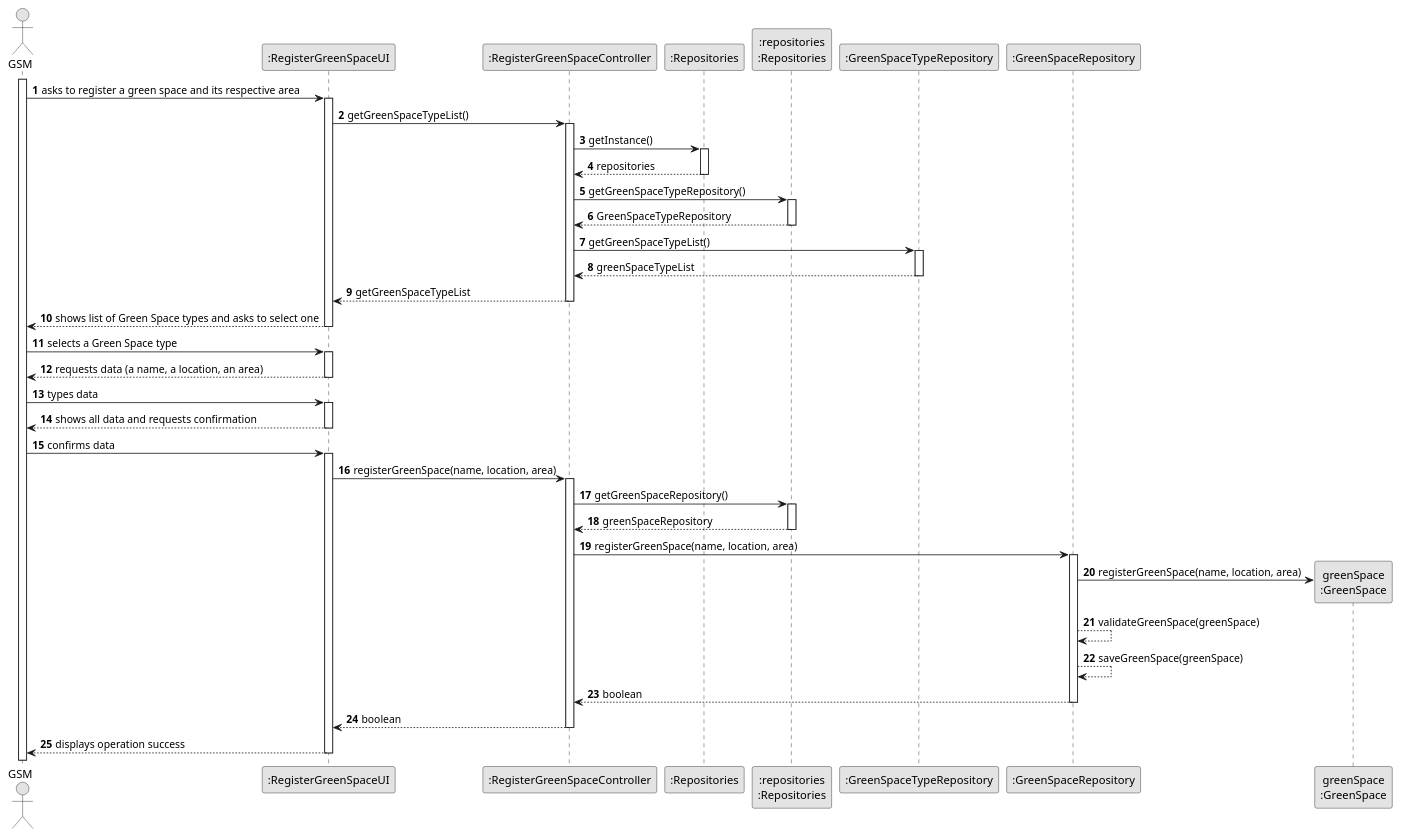
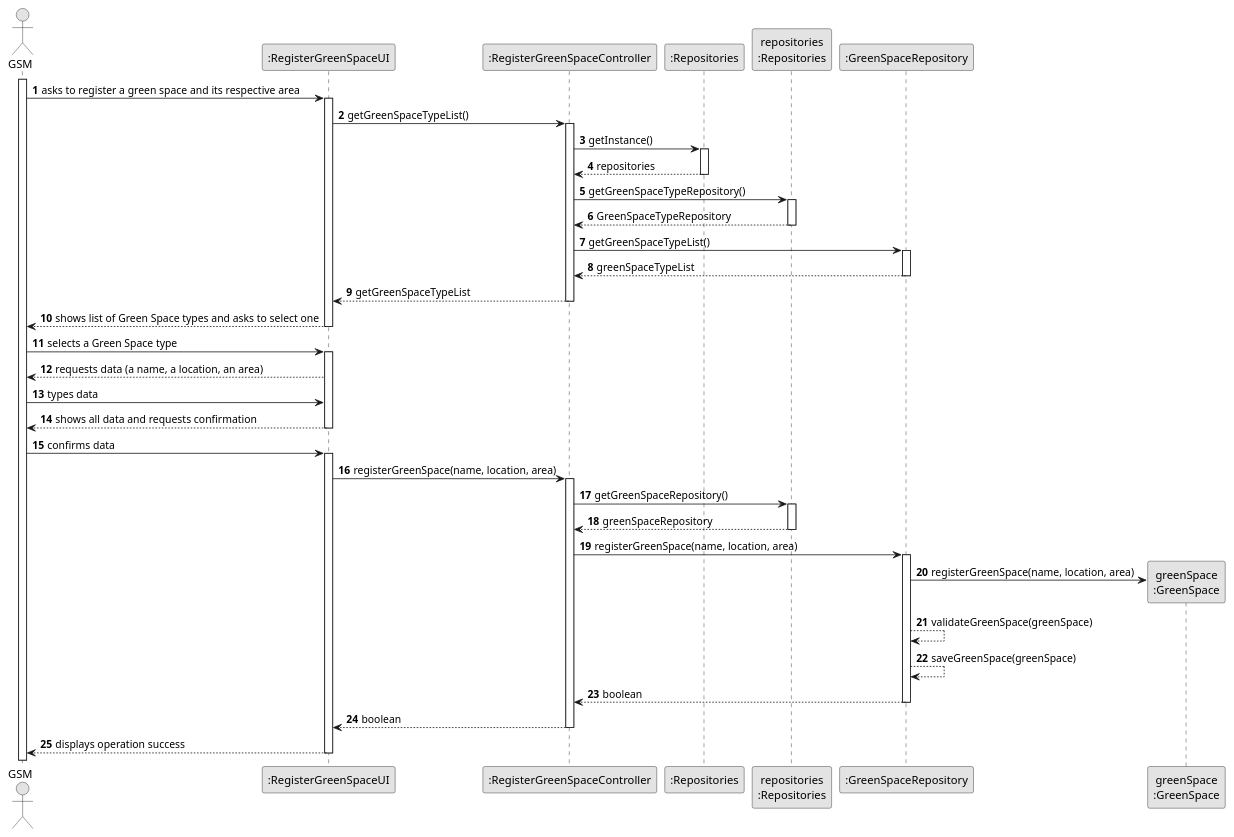
One commit to rpedros02/lei-24-s2-1DL-g08 changed the diagram in docs/sprintC/us020/03.design/puml/us020-sequence-diagram-full.puml. Above: the diagram before and after it, drawn with PlantUML. The commit also changed 1 other file, not shown here.

```diff
--- a/docs/sprintC/us020/03.design/puml/us020-sequence-diagram-full.puml
+++ b/docs/sprintC/us020/03.design/puml/us020-sequence-diagram-full.puml
@@ -1,90 +1,88 @@
 @startuml
 skinparam monochrome true
 skinparam packageStyle rectangle
 skinparam shadowing false
 
 autonumber
 
 'hide footbox
 actor "GSM" as ADM
 participant ":RegisterGreenSpaceUI" as UI
 participant ":RegisterGreenSpaceController" as CTRL
 participant ":Repositories" as RepositorySingleton
-participant ":repositories\n:Repositories" as PLAT
+participant "repositories\n:Repositories" as PLAT
 
-participant ":GreenSpaceTypeRepository" as GSTR
 participant ":GreenSpaceRepository" as GSR
 participant "greenSpace\n:GreenSpace" as GS
 
 activate ADM
 
     ADM -> UI : asks to register a green space and its respective area
     activate UI
 
             UI -> CTRL : getGreenSpaceTypeList()
             activate CTRL
 
                 CTRL -> RepositorySingleton : getInstance()
                 activate RepositorySingleton
 
                     RepositorySingleton --> CTRL : repositories
                 deactivate RepositorySingleton
 
                 CTRL -> PLAT : getGreenSpaceTypeRepository()
                 activate PLAT
 
                     PLAT --> CTRL : GreenSpaceTypeRepository
                 deactivate PLAT
 
-                CTRL -> GSTR : getGreenSpaceTypeList()
-                activate GSTR
+                CTRL -> GSR : getGreenSpaceTypeList()
+                activate GSR
 
-                    GSTR --> CTRL : greenSpaceTypeList
-                deactivate GSTR
+                    GSR --> CTRL : greenSpaceTypeList
+                deactivate GSR
 
                 CTRL --> UI : getGreenSpaceTypeList
             deactivate CTRL
 
             UI --> ADM : shows list of Green Space types and asks to select one
     deactivate UI
 
     ADM -> UI : selects a Green Space type
     activate UI
 
         UI --> ADM : requests data (a name, a location, an area)
-    deactivate UI
 
     ADM -> UI : types data
-    activate UI
+
 
         UI --> ADM : shows all data and requests confirmation
     deactivate UI
 
     ADM -> UI : confirms data
     activate UI
 
             UI -> CTRL : registerGreenSpace(name, location, area)
             activate CTRL
 
                 CTRL -> PLAT : getGreenSpaceRepository()
                 activate PLAT
 
                     PLAT --> CTRL : greenSpaceRepository
                 deactivate PLAT
 
                 CTRL -> GSR : registerGreenSpace(name, location, area)
                 activate GSR
 
                     GSR -> GS** : registerGreenSpace(name, location, area)
                     GSR --> GSR : validateGreenSpace(greenSpace)
                     GSR --> GSR : saveGreenSpace(greenSpace)
                     GSR --> CTRL : boolean
                 deactivate GSR
 
                 CTRL --> UI : boolean
             deactivate CTRL
         UI --> ADM : displays operation success
 
 deactivate
 
 @enduml
```
